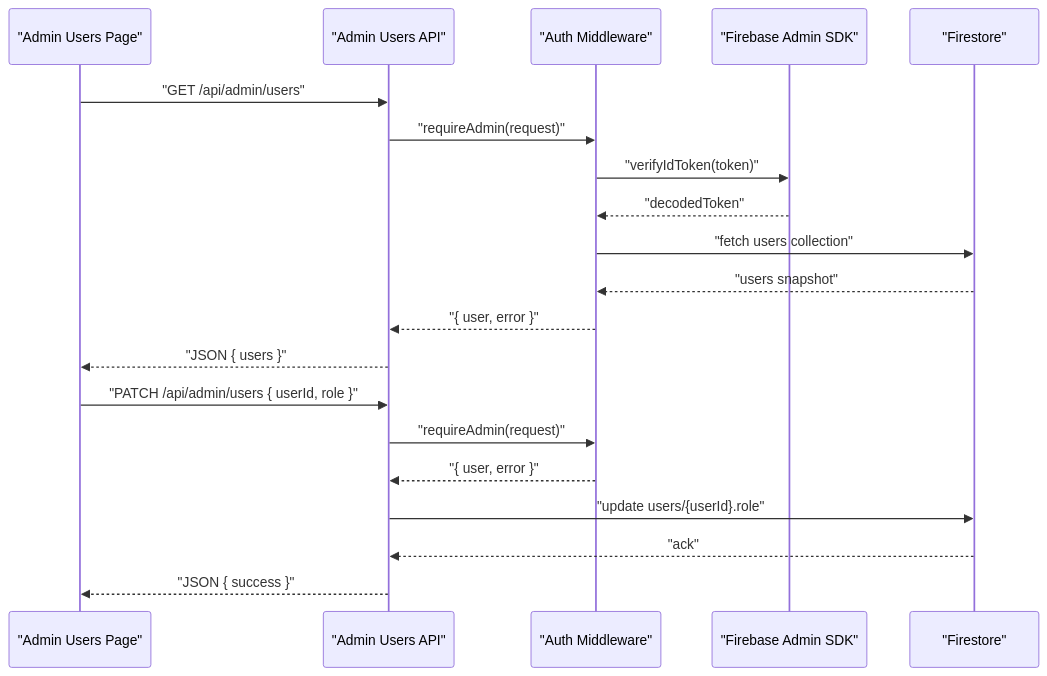
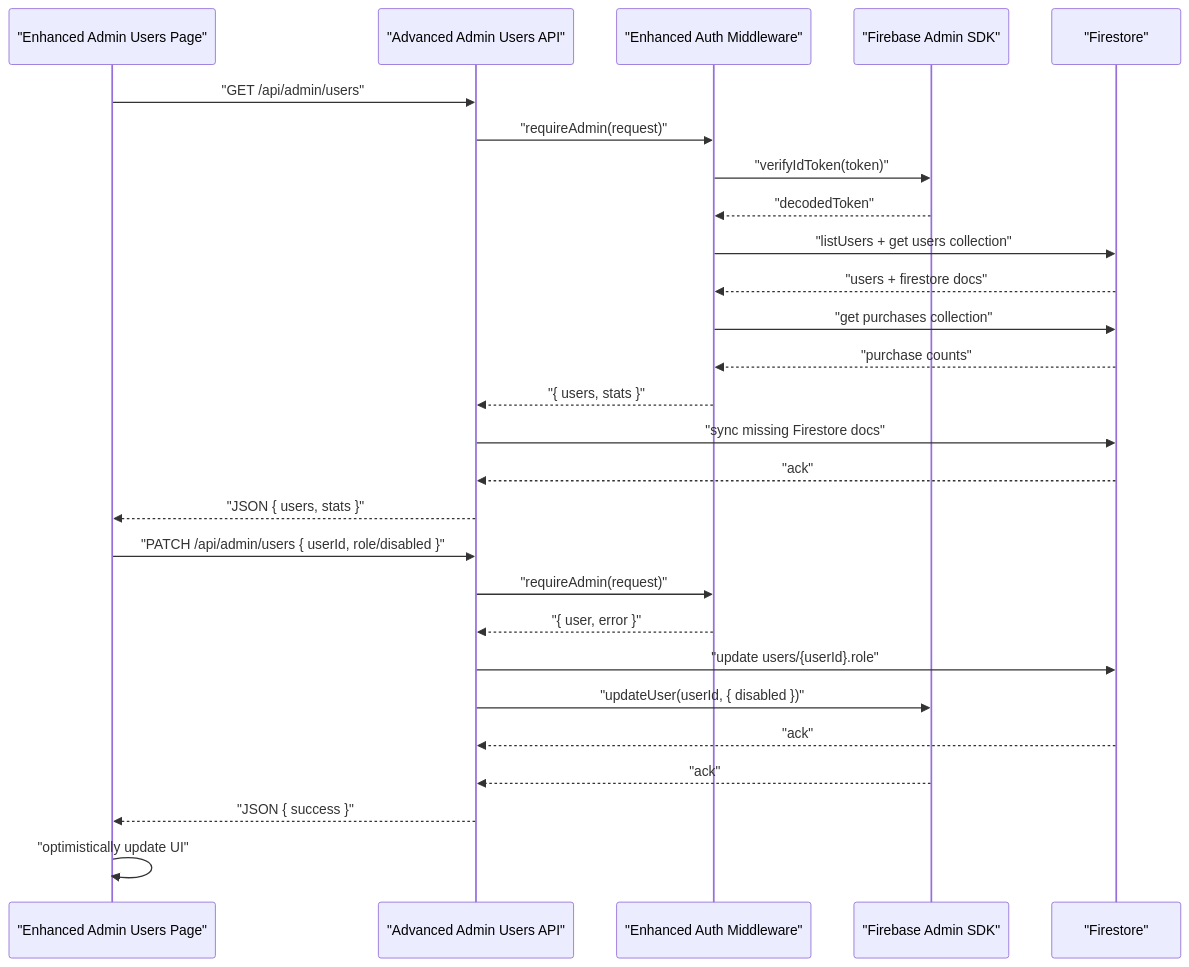
One commit to alikizang/datafrica changed the second of 6 diagrams in .qoder/repowiki/en/content/Admin Panel/User Administration System.md. Above: the diagram before and after it, drawn with Mermaid. The commit also changed other lines of this file and 21 other files, not shown here.

````diff
--- a/.qoder/repowiki/en/content/Admin Panel/User Administration System.md
+++ b/.qoder/repowiki/en/content/Admin Panel/User Administration System.md
@@ -132,22 +159,29 @@
 ```mermaid
 sequenceDiagram
-participant Admin as "Admin Users Page"
-participant API as "Admin Users API"
-participant MW as "Auth Middleware"
+participant Admin as "Enhanced Admin Users Page"
+participant API as "Advanced Admin Users API"
+participant MW as "Enhanced Auth Middleware"
 participant FA as "Firebase Admin SDK"
 participant FS as "Firestore"
 Admin->>API : "GET /api/admin/users"
 API->>MW : "requireAdmin(request)"
 MW->>FA : "verifyIdToken(token)"
 FA-->>MW : "decodedToken"
-MW->>FS : "fetch users collection"
-FS-->>MW : "users snapshot"
-MW-->>API : "{ user, error }"
-API-->>Admin : "JSON { users }"
-Admin->>API : "PATCH /api/admin/users { userId, role }"
+MW->>FS : "listUsers + get users collection"
+FS-->>MW : "users + firestore docs"
+MW->>FS : "get purchases collection"
+FS-->>MW : "purchase counts"
+MW-->>API : "{ users, stats }"
+API->>FS : "sync missing Firestore docs"
+FS-->>API : "ack"
+API-->>Admin : "JSON { users, stats }"
+Admin->>API : "PATCH /api/admin/users { userId, role/disabled }"
 API->>MW : "requireAdmin(request)"
 MW-->>API : "{ user, error }"
 API->>FS : "update users/{userId}.role"
+API->>FA : "updateUser(userId, { disabled })"
 FS-->>API : "ack"
+FA-->>API : "ack"
 API-->>Admin : "JSON { success }"
+Admin->>Admin : "optimistically update UI"
 ```
````
